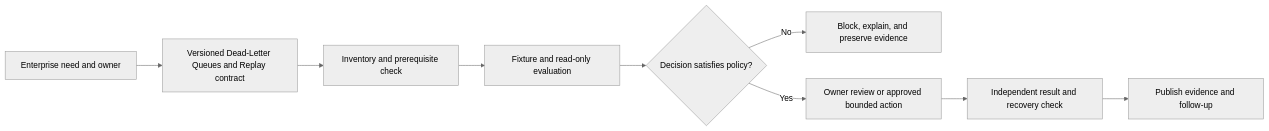
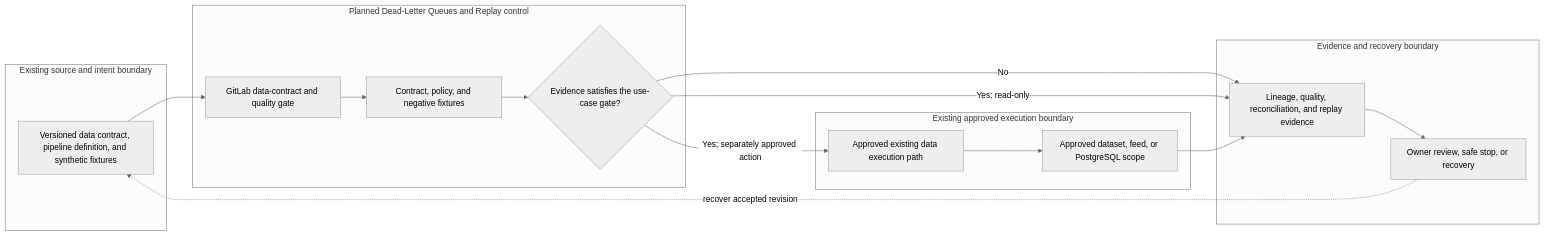
Before and after one commit to MIDHTECH/enterprise-architecture-docs: the diagram in docs/use-cases/data/UC-DATA-020-dead-letter-queues-and-replay.md, drawn with Mermaid (neutral theme). The commit also changed other lines of this file and 227 other files, not shown here.

Commit message:
Deepen architecture for all use case designs

````diff
--- a/docs/use-cases/data/UC-DATA-020-dead-letter-queues-and-replay.md
+++ b/docs/use-cases/data/UC-DATA-020-dead-letter-queues-and-replay.md
@@ -136,11 +129,25 @@
 ```mermaid
 flowchart LR
-    Need["Enterprise need and owner"] --> Contract["Versioned Dead-Letter Queues and Replay contract"]
-    Contract --> Preflight["Inventory and prerequisite check"]
-    Preflight --> Evaluate["Fixture and read-only evaluation"]
-    Evaluate --> Decision{"Decision satisfies policy?"}
-    Decision -->|No| Stop["Block, explain, and preserve evidence"]
-    Decision -->|Yes| Review["Owner review or approved bounded action"]
-    Review --> Verify["Independent result and recovery check"]
-    Verify --> Publish["Publish evidence and follow-up"]
+    subgraph Source["Existing source and intent boundary"]
+        A["Versioned data contract, pipeline definition, and synthetic fixtures"]
+    end
+    subgraph Planned["Planned Dead-Letter Queues and Replay control"]
+        B["GitLab data-contract and quality gate"]
+        C["Contract, policy, and negative fixtures"]
+        D{"Evidence satisfies the use-case gate?"}
+    end
+    subgraph Runtime["Existing approved execution boundary"]
+        E["Approved existing data execution path"]
+        F["Approved dataset, feed, or PostgreSQL scope"]
+    end
+    subgraph Assurance["Evidence and recovery boundary"]
+        G["Lineage, quality, reconciliation, and replay evidence"]
+        H["Owner review, safe stop, or recovery"]
+    end
+
+    A --> B --> C --> D
+    D -->|No| G --> H
+    D -->|Yes; read-only| G
+    D -->|Yes; separately approved action| E --> F --> G
+    H -. recover accepted revision .-> A
 ```
````
